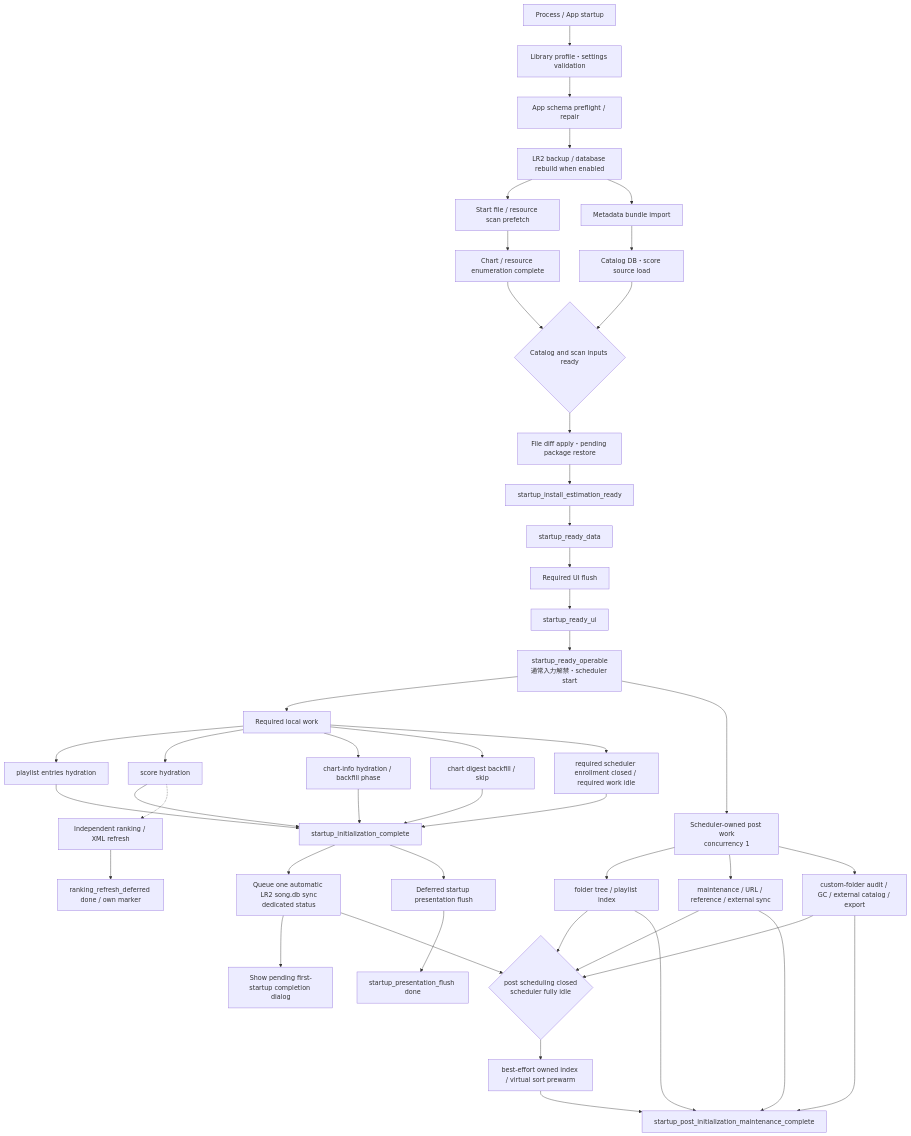
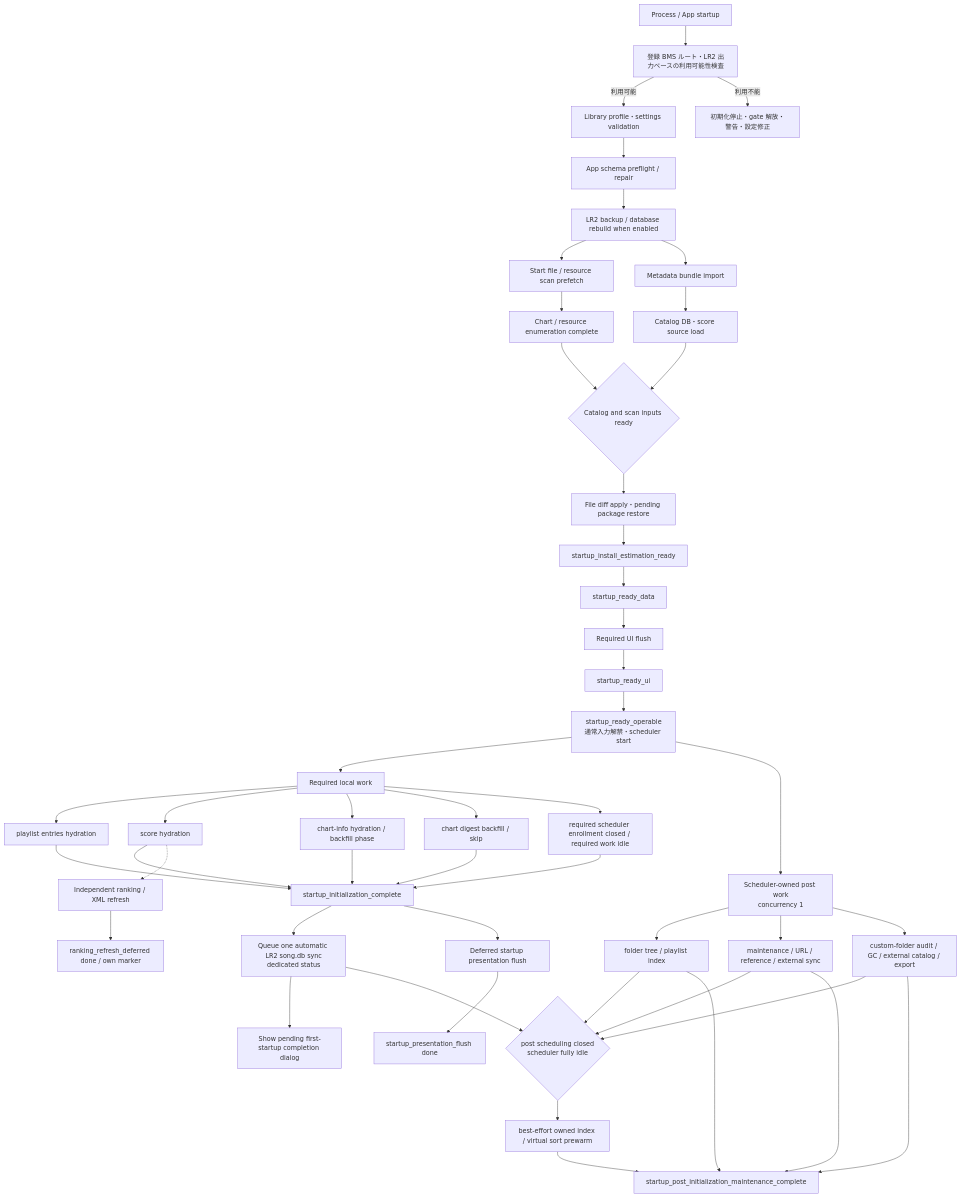
Before and after one commit to Neeted/bemusicseeker-unofficial-fork: the diagram in devdocs/spec/startup-initialization-flow.md, drawn with Mermaid. The commit also changed other lines of this file and 37 other files, not shown here.

````diff
--- a/devdocs/spec/startup-initialization-flow.md
+++ b/devdocs/spec/startup-initialization-flow.md
@@ -25,50 +35,52 @@
 ```mermaid
 flowchart TD
-    A[Process / App startup] --> B[Library profile・settings validation]
+    A[Process / App startup] --> V[登録 BMS ルート・LR2 出力ベースの利用可能性検査]
+    V -->|利用可能| B[Library profile・settings validation]
+    V -->|利用不能| W[初期化停止・gate 解放・警告・設定修正]
     B --> C[App schema preflight / repair]
     C --> X[LR2 backup / database rebuild when enabled]
     X --> S[Start file / resource scan prefetch]
     X --> D[Metadata bundle import]
     D --> E[Catalog DB・score source load]
     S --> F[Chart / resource enumeration complete]
     E --> Q{Catalog and scan inputs ready}
     F --> Q
     Q --> G[File diff apply・pending package restore]
     G --> H[startup_install_estimation_ready]
     H --> I[startup_ready_data]
     I --> J[Required UI flush]
     J --> K[startup_ready_ui]
     K --> L[startup_ready_operable<br/>通常入力解禁・scheduler start]
 
     L --> R1[Required local work]
     R1 --> R2[playlist entries hydration]
     R1 --> R3[score hydration]
     R1 --> R4[chart-info hydration / backfill phase]
     R1 --> R5[chart digest backfill / skip]
     R1 --> R6[required scheduler enrollment closed / required work idle]
     R2 --> M[startup_initialization_complete]
     R3 --> M
     R4 --> M
     R5 --> M
     R6 --> M
     M --> C2[Queue one automatic LR2 song.db sync<br/>dedicated status]
     C2 --> C1[Show pending first-startup completion dialog]
 
     L --> P1[Scheduler-owned post work<br/>concurrency 1]
     P1 --> P2[folder tree / playlist index]
     P1 --> P3[maintenance / URL / reference / external sync]
     P1 --> P4[custom-folder audit / GC / external catalog / export]
     P2 --> PI{post scheduling closed<br/>scheduler fully idle}
     P3 --> PI
     P4 --> PI
     C2 --> PI
     PI --> P5[best-effort owned index / virtual sort prewarm]
     P2 --> Z[startup_post_initialization_maintenance_complete]
     P3 --> Z
     P4 --> Z
     P5 --> Z
     R3 -.-> P6[Independent ranking / XML refresh]
     P6 --> P7[ranking_refresh_deferred done / own marker]
     M --> P8[Deferred startup presentation flush]
     P8 --> P9[startup_presentation_flush done]
 ```
````
